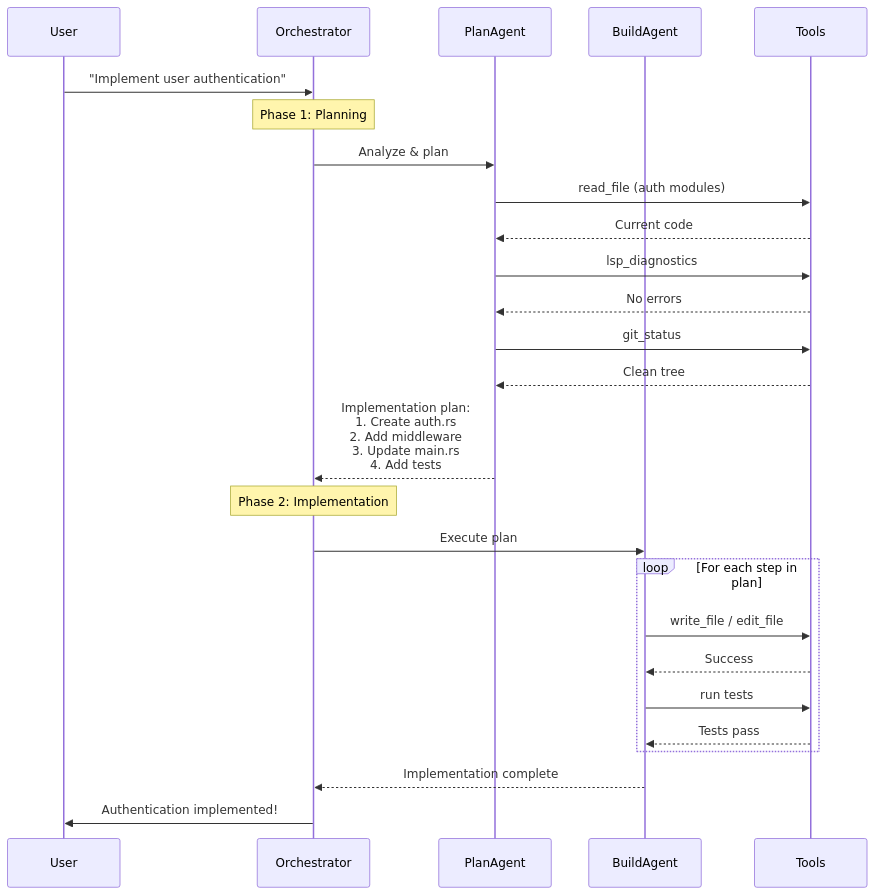
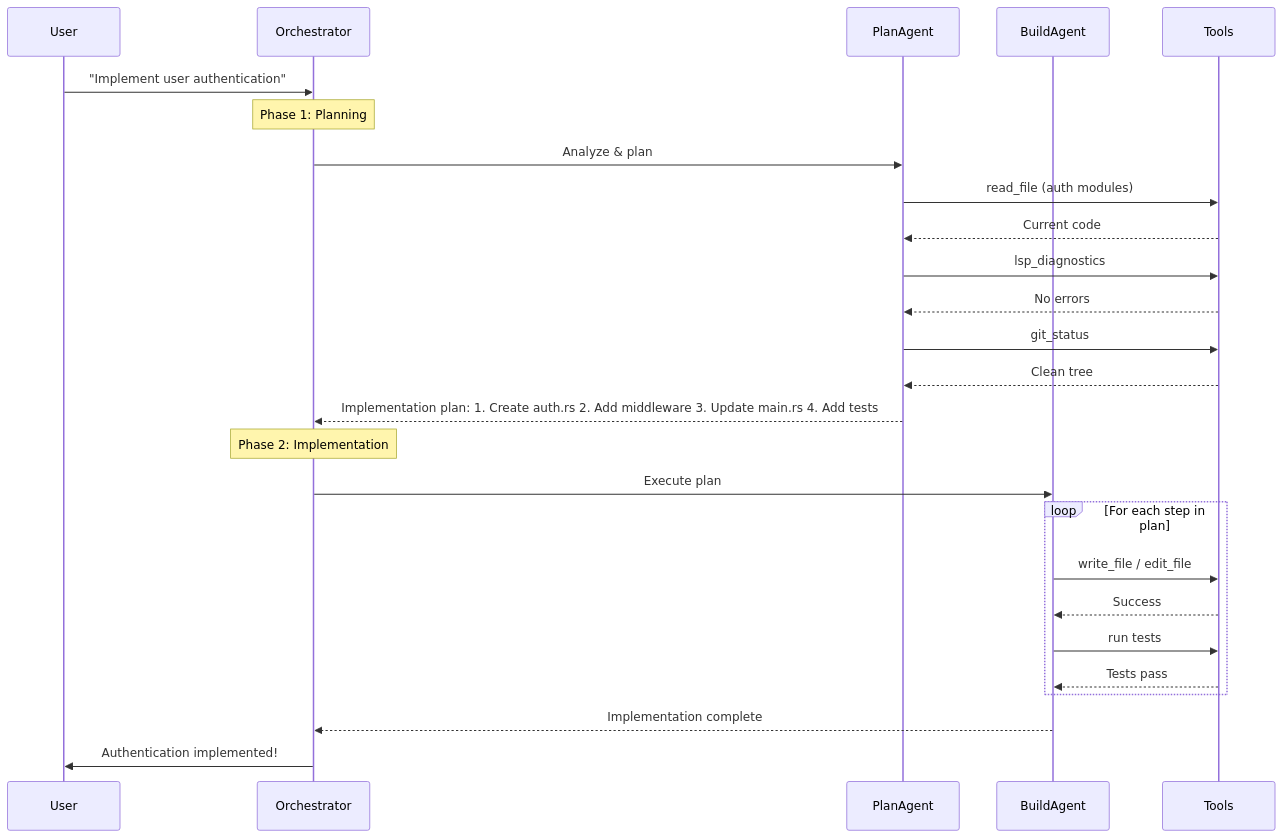
The third of 9 diagrams in wiki/Agent-System.md (softwarewrighter/emacs-agent), drawn with Mermaid before and after one commit. The commit also changed other lines of this file and 7 other files, not shown here.

First line of the commit message:
Fix wiki Mermaid diagrams: remove <br/> tags

````diff
--- a/wiki/Agent-System.md
+++ b/wiki/Agent-System.md
@@ -137,36 +137,36 @@
 ```mermaid
 sequenceDiagram
     participant User
     participant Orchestrator
     participant PlanAgent
     participant BuildAgent
     participant Tools
 
     User->>Orchestrator: "Implement user authentication"
 
     Note over Orchestrator: Phase 1: Planning
     Orchestrator->>PlanAgent: Analyze & plan
 
     PlanAgent->>Tools: read_file (auth modules)
     Tools-->>PlanAgent: Current code
     PlanAgent->>Tools: lsp_diagnostics
     Tools-->>PlanAgent: No errors
     PlanAgent->>Tools: git_status
     Tools-->>PlanAgent: Clean tree
 
-    PlanAgent-->>Orchestrator: Implementation plan:<br/>1. Create auth.rs<br/>2. Add middleware<br/>3. Update main.rs<br/>4. Add tests
+    PlanAgent-->>Orchestrator: Implementation plan: 1. Create auth.rs 2. Add middleware 3. Update main.rs 4. Add tests
 
     Note over Orchestrator: Phase 2: Implementation
     Orchestrator->>BuildAgent: Execute plan
 
     loop For each step in plan
         BuildAgent->>Tools: write_file / edit_file
         Tools-->>BuildAgent: Success
         BuildAgent->>Tools: run tests
         Tools-->>BuildAgent: Tests pass
     end
 
     BuildAgent-->>Orchestrator: Implementation complete
 
     Orchestrator->>User: Authentication implemented!
 ```
````
